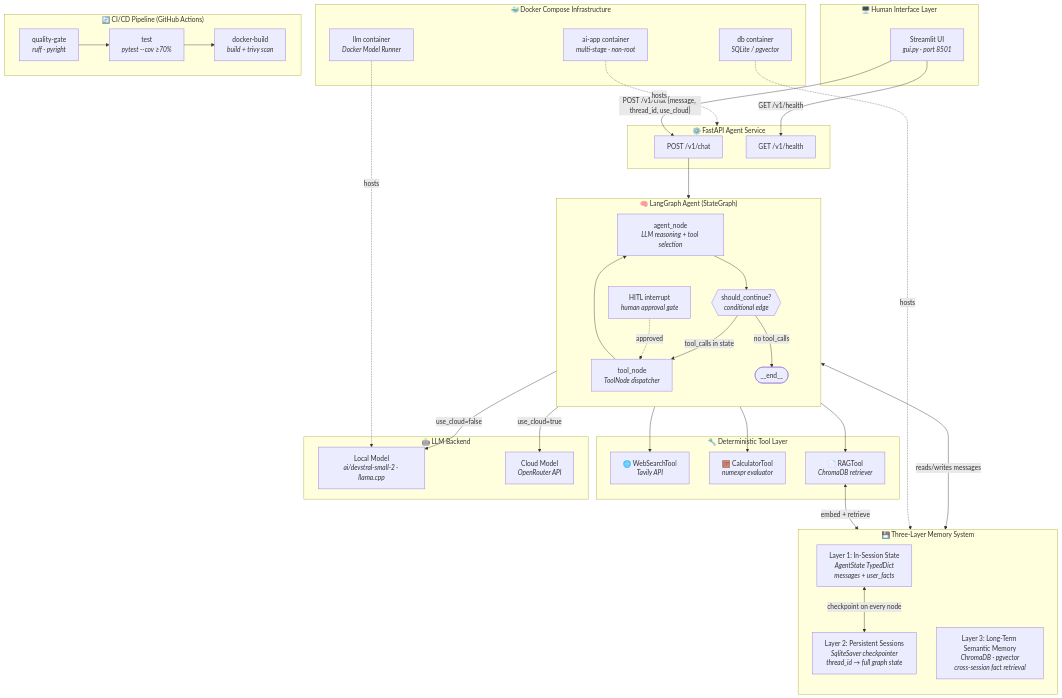
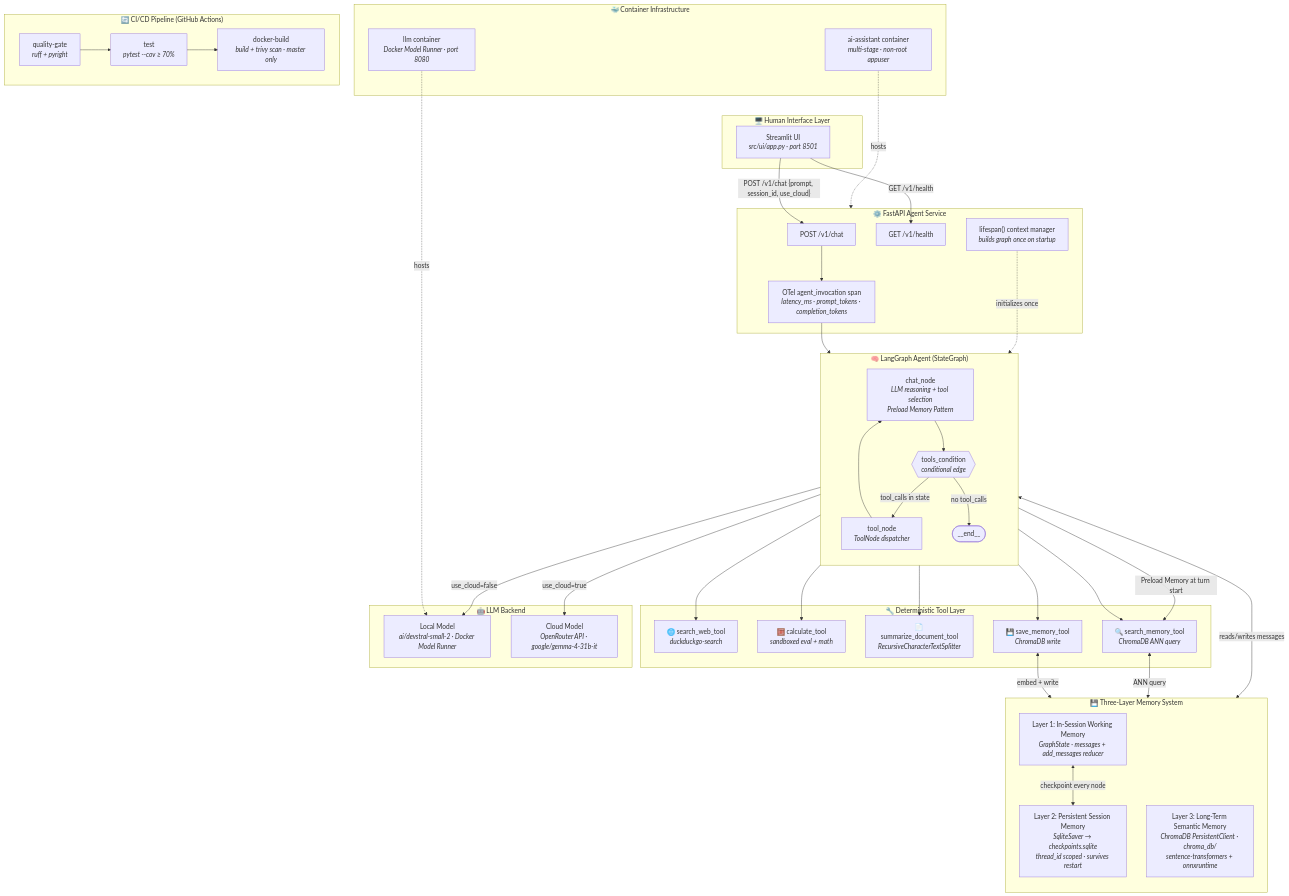
The first of 7 diagrams in reports/docs/architecture/system_design.md (SebastianGarrido2790/ai-assistant-docker-app), drawn with Mermaid before and after one commit. The commit also changed other lines of this file and 3 other files, not shown here.

````diff
--- a/reports/docs/architecture/system_design.md
+++ b/reports/docs/architecture/system_design.md
@@ -13,71 +15,77 @@
 ```mermaid
 graph TB
     subgraph UI["🖥️ Human Interface Layer"]
-        ST["Streamlit UI<br/><i>gui.py · port 8501</i>"]
+        ST["Streamlit UI<br/><i>src/ui/app.py · port 8501</i>"]
     end
 
     subgraph API["⚙️ FastAPI Agent Service"]
         R1["POST /v1/chat"]
         R2["GET /v1/health"]
+        LC["lifespan() context manager<br/><i>builds graph once on startup</i>"]
+        OT["OTel agent_invocation span<br/><i>latency_ms · prompt_tokens · completion_tokens</i>"]
     end
 
     subgraph AGENT["🧠 LangGraph Agent (StateGraph)"]
         direction TB
-        N1["agent_node<br/><i>LLM reasoning + tool selection</i>"]
+        N1["chat_node<br/><i>LLM reasoning + tool selection<br/>Preload Memory Pattern</i>"]
         N2["tool_node<br/><i>ToolNode dispatcher</i>"]
-        N3["HITL interrupt<br/><i>human approval gate</i>"]
-        CE{{"should_continue?<br/><i>conditional edge</i>"}}
+        CE{{"tools_condition<br/><i>conditional edge</i>"}}
 
         N1 --> CE
         CE -->|"tool_calls in state"| N2
         CE -->|"no tool_calls"| END(["__end__"])
         N2 --> N1
-        N3 -.->|"approved"| N2
     end
 
     subgraph TOOLS["🔧 Deterministic Tool Layer"]
-        T1["🌐 WebSearchTool<br/><i>Tavily API</i>"]
-        T2["🧮 CalculatorTool<br/><i>numexpr evaluator</i>"]
-        T3["📄 RAGTool<br/><i>ChromaDB retriever</i>"]
+        T1["🌐 search_web_tool<br/><i>duckduckgo-search</i>"]
+        T2["🧮 calculate_tool<br/><i>sandboxed eval + math</i>"]
+        T3["📄 summarize_document_tool<br/><i>RecursiveCharacterTextSplitter</i>"]
+        T4["💾 save_memory_tool<br/><i>ChromaDB write</i>"]
+        T5["🔍 search_memory_tool<br/><i>ChromaDB ANN query</i>"]
     end
 
     subgraph MEMORY["💾 Three-Layer Memory System"]
         direction TB
-        M1["Layer 1: In-Session State<br/><i>AgentState TypedDict<br/>messages + user_facts</i>"]
-        M2["Layer 2: Persistent Sessions<br/><i>SqliteSaver checkpointer<br/>thread_id → full graph state</i>"]
-        M3["Layer 3: Long-Term Semantic Memory<br/><i>ChromaDB · pgvector<br/>cross-session fact retrieval</i>"]
+        M1["Layer 1: In-Session Working Memory<br/><i>GraphState · messages + add_messages reducer</i>"]
+        M2["Layer 2: Persistent Session Memory<br/><i>SqliteSaver → checkpoints.sqlite<br/>thread_id scoped · survives restart</i>"]
+        M3["Layer 3: Long-Term Semantic Memory<br/><i>ChromaDB PersistentClient · chroma_db/<br/>sentence-transformers + onnxruntime</i>"]
     end
 
     subgraph LLM["🤖 LLM Backend"]
-        L1["Local Model<br/><i>ai/devstral-small-2 · llama.cpp</i>"]
-        L2["Cloud Model<br/><i>OpenRouter API</i>"]
+        L1["Local Model<br/><i>ai/devstral-small-2 · Docker Model Runner</i>"]
+        L2["Cloud Model<br/><i>OpenRouter API · google/gemma-4-31b-it</i>"]
     end
 
-    subgraph INFRA["🐳 Docker Compose Infrastructure"]
-        D1["ai-app container<br/><i>multi-stage · non-root</i>"]
-        D2["llm container<br/><i>Docker Model Runner</i>"]
-        D3["db container<br/><i>SQLite / pgvector</i>"]
+    subgraph INFRA["🐳 Container Infrastructure"]
+        D1["ai-assistant container<br/><i>multi-stage · non-root appuser</i>"]
+        D2["llm container<br/><i>Docker Model Runner · port 8080</i>"]
     end
 
     subgraph CICD["🔄 CI/CD Pipeline (GitHub Actions)"]
-        C1["quality-gate<br/><i>ruff · pyright</i>"]
-        C2["test<br/><i>pytest --cov ≥70%</i>"]
-        C3["docker-build<br/><i>build + trivy scan</i>"]
+        C1["quality-gate<br/><i>ruff + pyright</i>"]
+        C2["test<br/><i>pytest --cov ≥ 70%</i>"]
+        C3["docker-build<br/><i>build + trivy scan · master only</i>"]
         C1 --> C2 --> C3
     end
 
-    ST -->|"POST /v1/chat {message, thread_id, use_cloud}"| R1
+    ST -->|"POST /v1/chat {prompt, session_id, use_cloud}"| R1
     ST -->|"GET /v1/health"| R2
-    R1 --> N1
+    R1 --> OT
+    OT --> N1
     N2 --> T1
     N2 --> T2
     N2 --> T3
+    N2 --> T4
+    N2 --> T5
     N1 <-->|"reads/writes messages"| M1
-    M1 <-->|"checkpoint on every node"| M2
-    T3 <-->|"embed + retrieve"| M3
+    M1 <-->|"checkpoint every node"| M2
+    T4 <-->|"embed + write"| M3
+    T5 <-->|"ANN query"| M3
+    N1 -->|"Preload Memory at turn start"| T5
     N1 -->|"use_cloud=false"| L1
     N1 -->|"use_cloud=true"| L2
-    D1 -.->|"hosts"| API
-    D2 -.->|"hosts"| L1
-    D3 -.->|"hosts"| M2
+    D1 -..->|"hosts"| API
+    D2 -..->|"hosts"| L1
+    LC -..->|"initializes once"| AGENT
 ```
````
